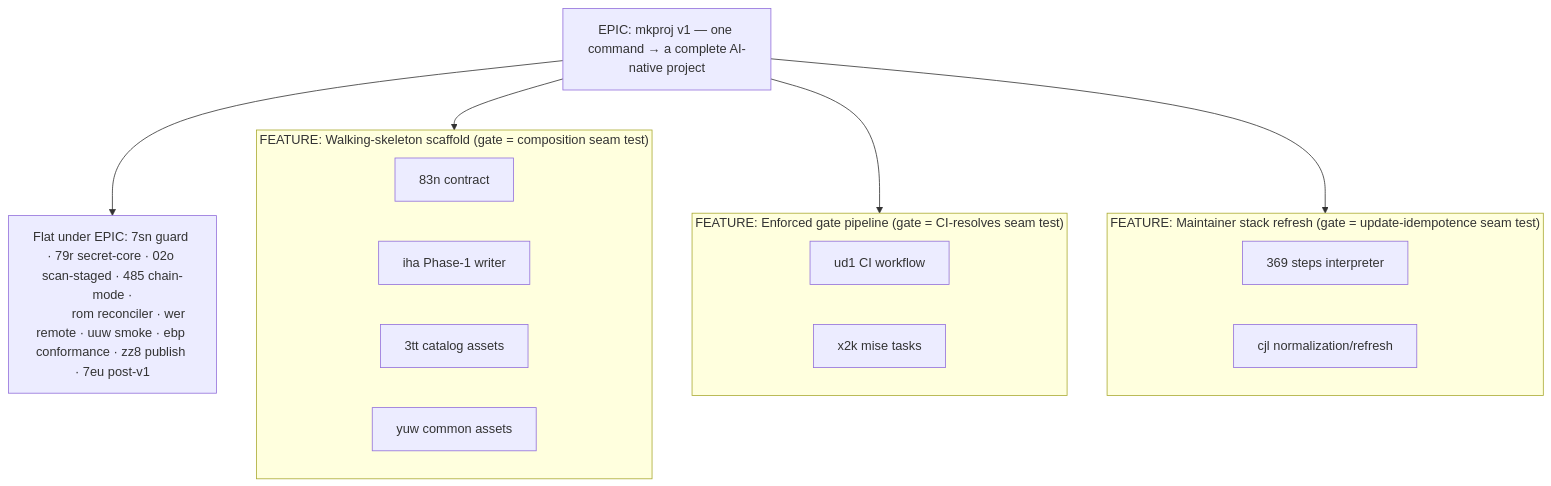
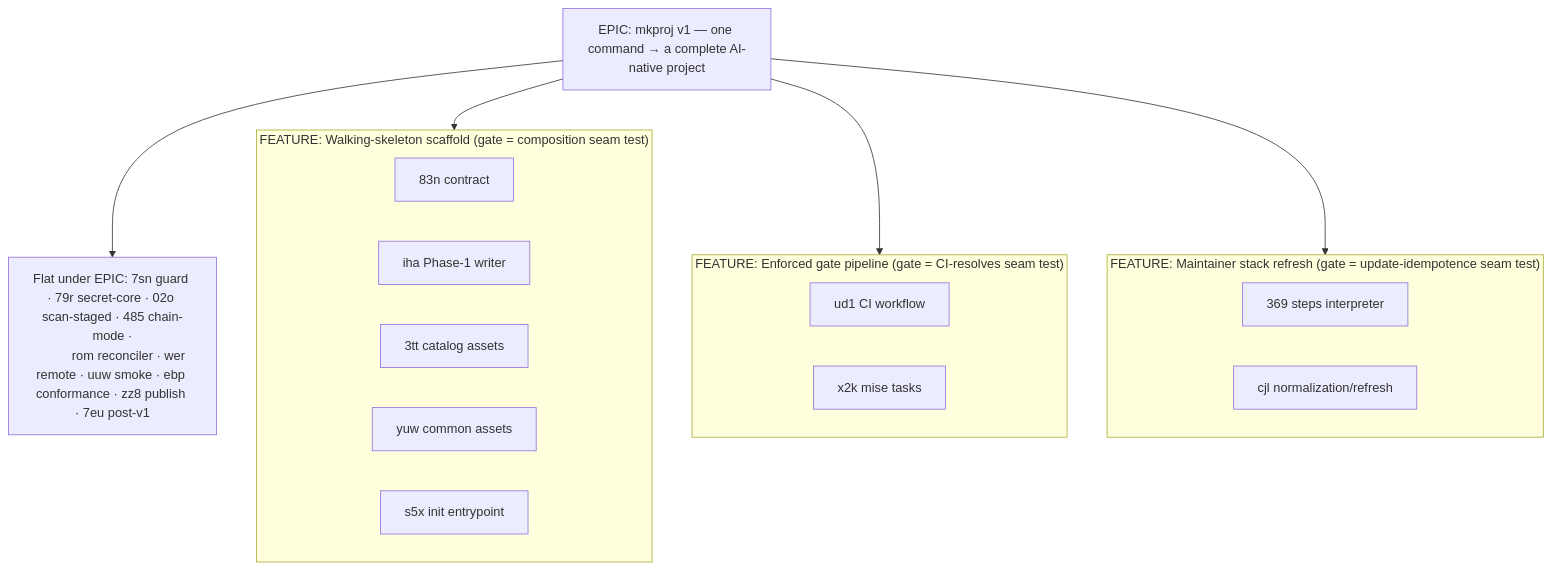
The second of 2 diagrams in docs/SPEC.md (AvogadroSG1/agentic_template_start), drawn with Mermaid before and after one commit.

Commit message:
checkpoint: edit docs/SPEC.md [claude-auto]

````diff
--- a/docs/SPEC.md
+++ b/docs/SPEC.md
@@ -725,19 +725,19 @@
 ```mermaid
 flowchart TD
     EPIC["EPIC: mkproj v1 — one command → a complete AI-native project"]
 
     subgraph F1["FEATURE: Walking-skeleton scaffold (gate = composition seam test)"]
-        S83["83n contract"] & SIHA["iha Phase-1 writer"] & S3TT["3tt catalog assets"] & SYUW["yuw common assets"]
+        S83["83n contract"] & SIHA["iha Phase-1 writer"] & S3TT["3tt catalog assets"] & SYUW["yuw common assets"] & SS5X["s5x init entrypoint"]
     end
     subgraph F2["FEATURE: Enforced gate pipeline (gate = CI-resolves seam test)"]
         SUD1["ud1 CI workflow"] & SX2K["x2k mise tasks"]
     end
     subgraph F3["FEATURE: Maintainer stack refresh (gate = update-idempotence seam test)"]
         S369["369 steps interpreter"] & SCJL["cjl normalization/refresh"]
     end
 
     FLAT["Flat under EPIC: 7sn guard · 79r secret-core · 02o scan-staged · 485 chain-mode ·
           rom reconciler · wer remote · uuw smoke · ebp conformance · zz8 publish · 7eu post-v1"]
 
     EPIC --> F1 & F2 & F3 & FLAT
 ```
````
